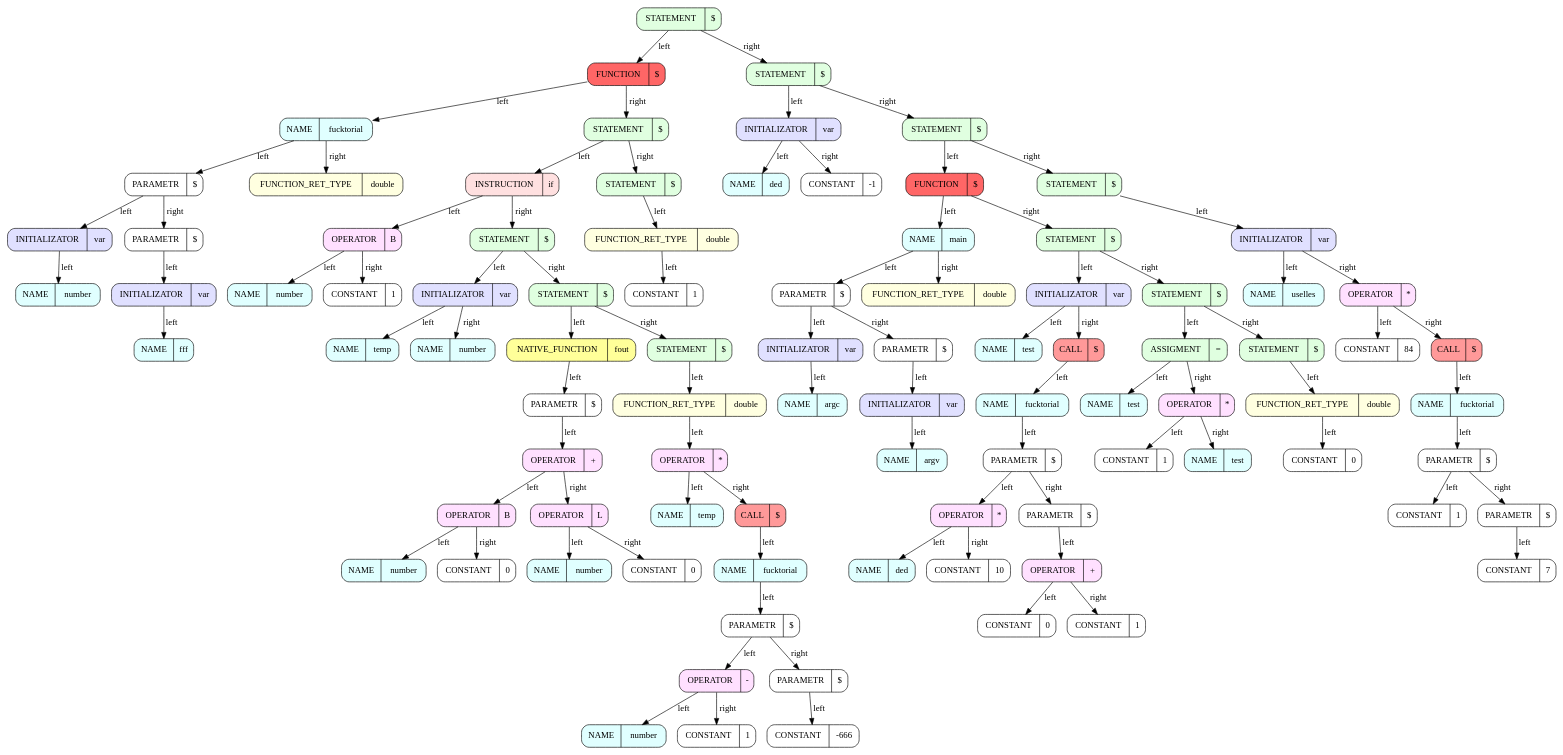
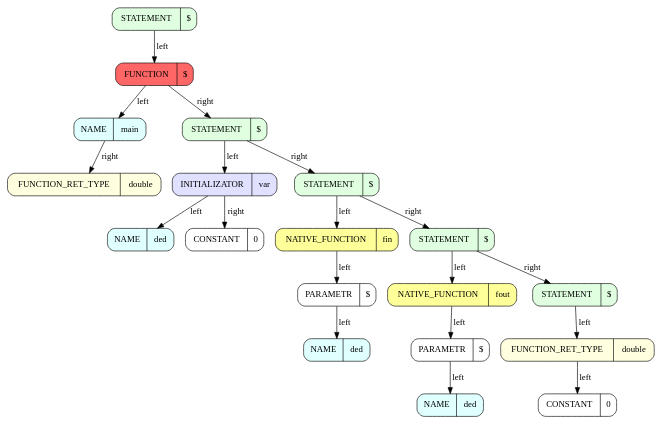
Before and after one commit to ArsenySamoylov/Asm: the diagram in x86BackEnd/BackEnd/graphics/dot/kek_back_End.dot, drawn with Graphviz. The commit also changed 23 other files, not shown here.

```diff
--- a/x86BackEnd/BackEnd/graphics/dot/kek_back_End.dot
+++ b/x86BackEnd/BackEnd/graphics/dot/kek_back_End.dot
@@ -2,187 +2,43 @@
 digraph 
 {
 rankdir = TB # RANKDIR
-		node_0x55bc4a6df320 [style = filled, fillcolor = "#E0FFE0", shape = Mrecord label =  "STATEMENT | {$}"]
-		node_0x55bc4a6df358 [style = filled, fillcolor = "#FF6666", shape = Mrecord label =  "FUNCTION | {$}"]
-		node_0x55bc4a6df390 [style = filled, fillcolor = "#E0FFFF", shape = Mrecord label =  "NAME | {fucktorial}"]
-		node_0x55bc4a6df3c8 [style = filled, fillcolor = "#FFFFFF", shape = Mrecord label =  "PARAMETR | {$}"]
-		node_0x55bc4a6df400 [style = filled, fillcolor = "#E0E0FF", shape = Mrecord label =  "INITIALIZATOR | {var}"]
-		node_0x55bc4a6df438 [style = filled, fillcolor = "#E0FFFF", shape = Mrecord label =  "NAME | {number}"]
-		node_0x55bc4a6df400 -> node_0x55bc4a6df438 [label = "left"]
-		node_0x55bc4a6df3c8 -> node_0x55bc4a6df400 [label = "left"]
-		node_0x55bc4a6df470 [style = filled, fillcolor = "#FFFFFF", shape = Mrecord label =  "PARAMETR | {$}"]
-		node_0x55bc4a6df4a8 [style = filled, fillcolor = "#E0E0FF", shape = Mrecord label =  "INITIALIZATOR | {var}"]
-		node_0x55bc4a6df4e0 [style = filled, fillcolor = "#E0FFFF", shape = Mrecord label =  "NAME | {fff}"]
-		node_0x55bc4a6df4a8 -> node_0x55bc4a6df4e0 [label = "left"]
-		node_0x55bc4a6df470 -> node_0x55bc4a6df4a8 [label = "left"]
-		node_0x55bc4a6df3c8 -> node_0x55bc4a6df470 [label = "right"]
-		node_0x55bc4a6df390 -> node_0x55bc4a6df3c8 [label = "left"]
-		node_0x55bc4a6df518 [style = filled, fillcolor = "#FFFFE0", shape = Mrecord label =  "FUNCTION_RET_TYPE | {double}"]
-		node_0x55bc4a6df390 -> node_0x55bc4a6df518 [label = "right"]
-		node_0x55bc4a6df358 -> node_0x55bc4a6df390 [label = "left"]
-		node_0x55bc4a6df550 [style = filled, fillcolor = "#E0FFE0", shape = Mrecord label =  "STATEMENT | {$}"]
-		node_0x55bc4a6df588 [style = filled, fillcolor = "#FFE0E0", shape = Mrecord label =  "INSTRUCTION | {if}"]
-		node_0x55bc4a6df5c0 [style = filled, fillcolor = "#FFE0FF", shape = Mrecord label =  "OPERATOR | {B}"]
-		node_0x55bc4a6df5f8 [style = filled, fillcolor = "#E0FFFF", shape = Mrecord label =  "NAME | {number}"]
-		node_0x55bc4a6df5c0 -> node_0x55bc4a6df5f8 [label = "left"]
-		node_0x55bc4a6df630 [style = filled, fillcolor = "#FFFFFF", shape = Mrecord label =  "CONSTANT | {1}"]
-		node_0x55bc4a6df5c0 -> node_0x55bc4a6df630 [label = "right"]
-		node_0x55bc4a6df588 -> node_0x55bc4a6df5c0 [label = "left"]
-		node_0x55bc4a6df668 [style = filled, fillcolor = "#E0FFE0", shape = Mrecord label =  "STATEMENT | {$}"]
-		node_0x55bc4a6df6a0 [style = filled, fillcolor = "#E0E0FF", shape = Mrecord label =  "INITIALIZATOR | {var}"]
-		node_0x55bc4a6df6d8 [style = filled, fillcolor = "#E0FFFF", shape = Mrecord label =  "NAME | {temp}"]
-		node_0x55bc4a6df6a0 -> node_0x55bc4a6df6d8 [label = "left"]
-		node_0x55bc4a6df710 [style = filled, fillcolor = "#E0FFFF", shape = Mrecord label =  "NAME | {number}"]
-		node_0x55bc4a6df6a0 -> node_0x55bc4a6df710 [label = "right"]
-		node_0x55bc4a6df668 -> node_0x55bc4a6df6a0 [label = "left"]
-		node_0x55bc4a6df748 [style = filled, fillcolor = "#E0FFE0", shape = Mrecord label =  "STATEMENT | {$}"]
-		node_0x55bc4a6df780 [style = filled, fillcolor = "#FFFF99", shape = Mrecord label =  "NATIVE_FUNCTION | {fout}"]
-		node_0x55bc4a6df7b8 [style = filled, fillcolor = "#FFFFFF", shape = Mrecord label =  "PARAMETR | {$}"]
-		node_0x55bc4a6df7f0 [style = filled, fillcolor = "#FFE0FF", shape = Mrecord label =  "OPERATOR | {+}"]
-		node_0x55bc4a6df828 [style = filled, fillcolor = "#FFE0FF", shape = Mrecord label =  "OPERATOR | {B}"]
-		node_0x55bc4a6df860 [style = filled, fillcolor = "#E0FFFF", shape = Mrecord label =  "NAME | {number}"]
-		node_0x55bc4a6df828 -> node_0x55bc4a6df860 [label = "left"]
-		node_0x55bc4a6df898 [style = filled, fillcolor = "#FFFFFF", shape = Mrecord label =  "CONSTANT | {0}"]
-		node_0x55bc4a6df828 -> node_0x55bc4a6df898 [label = "right"]
-		node_0x55bc4a6df7f0 -> node_0x55bc4a6df828 [label = "left"]
-		node_0x55bc4a6df8d0 [style = filled, fillcolor = "#FFE0FF", shape = Mrecord label =  "OPERATOR | {L}"]
-		node_0x55bc4a6df908 [style = filled, fillcolor = "#E0FFFF", shape = Mrecord label =  "NAME | {number}"]
-		node_0x55bc4a6df8d0 -> node_0x55bc4a6df908 [label = "left"]
-		node_0x55bc4a6df940 [style = filled, fillcolor = "#FFFFFF", shape = Mrecord label =  "CONSTANT | {0}"]
-		node_0x55bc4a6df8d0 -> node_0x55bc4a6df940 [label = "right"]
-		node_0x55bc4a6df7f0 -> node_0x55bc4a6df8d0 [label = "right"]
-		node_0x55bc4a6df7b8 -> node_0x55bc4a6df7f0 [label = "left"]
-		node_0x55bc4a6df780 -> node_0x55bc4a6df7b8 [label = "left"]
-		node_0x55bc4a6df748 -> node_0x55bc4a6df780 [label = "left"]
-		node_0x55bc4a6df978 [style = filled, fillcolor = "#E0FFE0", shape = Mrecord label =  "STATEMENT | {$}"]
-		node_0x55bc4a6df9b0 [style = filled, fillcolor = "#FFFFE0", shape = Mrecord label =  "FUNCTION_RET_TYPE | {double}"]
-		node_0x55bc4a6df9e8 [style = filled, fillcolor = "#FFE0FF", shape = Mrecord label =  "OPERATOR | {*}"]
-		node_0x55bc4a6dfa20 [style = filled, fillcolor = "#E0FFFF", shape = Mrecord label =  "NAME | {temp}"]
-		node_0x55bc4a6df9e8 -> node_0x55bc4a6dfa20 [label = "left"]
-		node_0x55bc4a6dfa58 [style = filled, fillcolor = "#FF9999", shape = Mrecord label =  "CALL | {$}"]
-		node_0x55bc4a6dfa90 [style = filled, fillcolor = "#E0FFFF", shape = Mrecord label =  "NAME | {fucktorial}"]
-		node_0x55bc4a6dfac8 [style = filled, fillcolor = "#FFFFFF", shape = Mrecord label =  "PARAMETR | {$}"]
-		node_0x55bc4a6dfb00 [style = filled, fillcolor = "#FFE0FF", shape = Mrecord label =  "OPERATOR | {-}"]
-		node_0x55bc4a6dfb38 [style = filled, fillcolor = "#E0FFFF", shape = Mrecord label =  "NAME | {number}"]
-		node_0x55bc4a6dfb00 -> node_0x55bc4a6dfb38 [label = "left"]
-		node_0x55bc4a6dfb70 [style = filled, fillcolor = "#FFFFFF", shape = Mrecord label =  "CONSTANT | {1}"]
-		node_0x55bc4a6dfb00 -> node_0x55bc4a6dfb70 [label = "right"]
-		node_0x55bc4a6dfac8 -> node_0x55bc4a6dfb00 [label = "left"]
-		node_0x55bc4a6dfba8 [style = filled, fillcolor = "#FFFFFF", shape = Mrecord label =  "PARAMETR | {$}"]
-		node_0x55bc4a6dfbe0 [style = filled, fillcolor = "#FFFFFF", shape = Mrecord label =  "CONSTANT | {-666}"]
-		node_0x55bc4a6dfba8 -> node_0x55bc4a6dfbe0 [label = "left"]
-		node_0x55bc4a6dfac8 -> node_0x55bc4a6dfba8 [label = "right"]
-		node_0x55bc4a6dfa90 -> node_0x55bc4a6dfac8 [label = "left"]
-		node_0x55bc4a6dfa58 -> node_0x55bc4a6dfa90 [label = "left"]
-		node_0x55bc4a6df9e8 -> node_0x55bc4a6dfa58 [label = "right"]
-		node_0x55bc4a6df9b0 -> node_0x55bc4a6df9e8 [label = "left"]
-		node_0x55bc4a6df978 -> node_0x55bc4a6df9b0 [label = "left"]
-		node_0x55bc4a6df748 -> node_0x55bc4a6df978 [label = "right"]
-		node_0x55bc4a6df668 -> node_0x55bc4a6df748 [label = "right"]
-		node_0x55bc4a6df588 -> node_0x55bc4a6df668 [label = "right"]
-		node_0x55bc4a6df550 -> node_0x55bc4a6df588 [label = "left"]
-		node_0x55bc4a6dfc18 [style = filled, fillcolor = "#E0FFE0", shape = Mrecord label =  "STATEMENT | {$}"]
-		node_0x55bc4a6dfc50 [style = filled, fillcolor = "#FFFFE0", shape = Mrecord label =  "FUNCTION_RET_TYPE | {double}"]
-		node_0x55bc4a6dfc88 [style = filled, fillcolor = "#FFFFFF", shape = Mrecord label =  "CONSTANT | {1}"]
-		node_0x55bc4a6dfc50 -> node_0x55bc4a6dfc88 [label = "left"]
-		node_0x55bc4a6dfc18 -> node_0x55bc4a6dfc50 [label = "left"]
-		node_0x55bc4a6df550 -> node_0x55bc4a6dfc18 [label = "right"]
-		node_0x55bc4a6df358 -> node_0x55bc4a6df550 [label = "right"]
-		node_0x55bc4a6df320 -> node_0x55bc4a6df358 [label = "left"]
-		node_0x55bc4a6dfcc0 [style = filled, fillcolor = "#E0FFE0", shape = Mrecord label =  "STATEMENT | {$}"]
-		node_0x55bc4a6dfcf8 [style = filled, fillcolor = "#E0E0FF", shape = Mrecord label =  "INITIALIZATOR | {var}"]
-		node_0x55bc4a6dfd30 [style = filled, fillcolor = "#E0FFFF", shape = Mrecord label =  "NAME | {ded}"]
-		node_0x55bc4a6dfcf8 -> node_0x55bc4a6dfd30 [label = "left"]
-		node_0x55bc4a6dfd68 [style = filled, fillcolor = "#FFFFFF", shape = Mrecord label =  "CONSTANT | {-1}"]
-		node_0x55bc4a6dfcf8 -> node_0x55bc4a6dfd68 [label = "right"]
-		node_0x55bc4a6dfcc0 -> node_0x55bc4a6dfcf8 [label = "left"]
-		node_0x55bc4a6dfda0 [style = filled, fillcolor = "#E0FFE0", shape = Mrecord label =  "STATEMENT | {$}"]
-		node_0x55bc4a6dfdd8 [style = filled, fillcolor = "#FF6666", shape = Mrecord label =  "FUNCTION | {$}"]
-		node_0x55bc4a6dfe10 [style = filled, fillcolor = "#E0FFFF", shape = Mrecord label =  "NAME | {main}"]
-		node_0x55bc4a6dfe48 [style = filled, fillcolor = "#FFFFFF", shape = Mrecord label =  "PARAMETR | {$}"]
-		node_0x55bc4a6dfe80 [style = filled, fillcolor = "#E0E0FF", shape = Mrecord label =  "INITIALIZATOR | {var}"]
-		node_0x55bc4a6dfeb8 [style = filled, fillcolor = "#E0FFFF", shape = Mrecord label =  "NAME | {argc}"]
-		node_0x55bc4a6dfe80 -> node_0x55bc4a6dfeb8 [label = "left"]
-		node_0x55bc4a6dfe48 -> node_0x55bc4a6dfe80 [label = "left"]
-		node_0x55bc4a6dfef0 [style = filled, fillcolor = "#FFFFFF", shape = Mrecord label =  "PARAMETR | {$}"]
-		node_0x55bc4a6dff28 [style = filled, fillcolor = "#E0E0FF", shape = Mrecord label =  "INITIALIZATOR | {var}"]
-		node_0x55bc4a6dff60 [style = filled, fillcolor = "#E0FFFF", shape = Mrecord label =  "NAME | {argv}"]
-		node_0x55bc4a6dff28 -> node_0x55bc4a6dff60 [label = "left"]
-		node_0x55bc4a6dfef0 -> node_0x55bc4a6dff28 [label = "left"]
-		node_0x55bc4a6dfe48 -> node_0x55bc4a6dfef0 [label = "right"]
-		node_0x55bc4a6dfe10 -> node_0x55bc4a6dfe48 [label = "left"]
-		node_0x55bc4a6dff98 [style = filled, fillcolor = "#FFFFE0", shape = Mrecord label =  "FUNCTION_RET_TYPE | {double}"]
-		node_0x55bc4a6dfe10 -> node_0x55bc4a6dff98 [label = "right"]
-		node_0x55bc4a6dfdd8 -> node_0x55bc4a6dfe10 [label = "left"]
-		node_0x55bc4a6dffd0 [style = filled, fillcolor = "#E0FFE0", shape = Mrecord label =  "STATEMENT | {$}"]
-		node_0x55bc4a6e0008 [style = filled, fillcolor = "#E0E0FF", shape = Mrecord label =  "INITIALIZATOR | {var}"]
-		node_0x55bc4a6e0040 [style = filled, fillcolor = "#E0FFFF", shape = Mrecord label =  "NAME | {test}"]
-		node_0x55bc4a6e0008 -> node_0x55bc4a6e0040 [label = "left"]
-		node_0x55bc4a6e0078 [style = filled, fillcolor = "#FF9999", shape = Mrecord label =  "CALL | {$}"]
-		node_0x55bc4a6e00b0 [style = filled, fillcolor = "#E0FFFF", shape = Mrecord label =  "NAME | {fucktorial}"]
-		node_0x55bc4a6e00e8 [style = filled, fillcolor = "#FFFFFF", shape = Mrecord label =  "PARAMETR | {$}"]
-		node_0x55bc4a6e0120 [style = filled, fillcolor = "#FFE0FF", shape = Mrecord label =  "OPERATOR | {*}"]
-		node_0x55bc4a6e0158 [style = filled, fillcolor = "#E0FFFF", shape = Mrecord label =  "NAME | {ded}"]
-		node_0x55bc4a6e0120 -> node_0x55bc4a6e0158 [label = "left"]
-		node_0x55bc4a6e0190 [style = filled, fillcolor = "#FFFFFF", shape = Mrecord label =  "CONSTANT | {10}"]
-		node_0x55bc4a6e0120 -> node_0x55bc4a6e0190 [label = "right"]
-		node_0x55bc4a6e00e8 -> node_0x55bc4a6e0120 [label = "left"]
-		node_0x55bc4a6e01c8 [style = filled, fillcolor = "#FFFFFF", shape = Mrecord label =  "PARAMETR | {$}"]
-		node_0x55bc4a6e0200 [style = filled, fillcolor = "#FFE0FF", shape = Mrecord label =  "OPERATOR | {+}"]
-		node_0x55bc4a6e0238 [style = filled, fillcolor = "#FFFFFF", shape = Mrecord label =  "CONSTANT | {0}"]
-		node_0x55bc4a6e0200 -> node_0x55bc4a6e0238 [label = "left"]
-		node_0x55bc4a6e0270 [style = filled, fillcolor = "#FFFFFF", shape = Mrecord label =  "CONSTANT | {1}"]
-		node_0x55bc4a6e0200 -> node_0x55bc4a6e0270 [label = "right"]
-		node_0x55bc4a6e01c8 -> node_0x55bc4a6e0200 [label = "left"]
-		node_0x55bc4a6e00e8 -> node_0x55bc4a6e01c8 [label = "right"]
-		node_0x55bc4a6e00b0 -> node_0x55bc4a6e00e8 [label = "left"]
-		node_0x55bc4a6e0078 -> node_0x55bc4a6e00b0 [label = "left"]
-		node_0x55bc4a6e0008 -> node_0x55bc4a6e0078 [label = "right"]
-		node_0x55bc4a6dffd0 -> node_0x55bc4a6e0008 [label = "left"]
-		node_0x55bc4a6e02a8 [style = filled, fillcolor = "#E0FFE0", shape = Mrecord label =  "STATEMENT | {$}"]
-		node_0x55bc4a6e02e0 [style = filled, fillcolor = "#E0FFE0", shape = Mrecord label =  "ASSIGMENT | {=}"]
-		node_0x55bc4a6e0318 [style = filled, fillcolor = "#E0FFFF", shape = Mrecord label =  "NAME | {test}"]
-		node_0x55bc4a6e02e0 -> node_0x55bc4a6e0318 [label = "left"]
-		node_0x55bc4a6e0350 [style = filled, fillcolor = "#FFE0FF", shape = Mrecord label =  "OPERATOR | {*}"]
-		node_0x55bc4a6e0388 [style = filled, fillcolor = "#FFFFFF", shape = Mrecord label =  "CONSTANT | {1}"]
-		node_0x55bc4a6e0350 -> node_0x55bc4a6e0388 [label = "left"]
-		node_0x55bc4a6e03c0 [style = filled, fillcolor = "#E0FFFF", shape = Mrecord label =  "NAME | {test}"]
-		node_0x55bc4a6e0350 -> node_0x55bc4a6e03c0 [label = "right"]
-		node_0x55bc4a6e02e0 -> node_0x55bc4a6e0350 [label = "right"]
-		node_0x55bc4a6e02a8 -> node_0x55bc4a6e02e0 [label = "left"]
-		node_0x55bc4a6e03f8 [style = filled, fillcolor = "#E0FFE0", shape = Mrecord label =  "STATEMENT | {$}"]
-		node_0x55bc4a6e0430 [style = filled, fillcolor = "#FFFFE0", shape = Mrecord label =  "FUNCTION_RET_TYPE | {double}"]
-		node_0x55bc4a6e0468 [style = filled, fillcolor = "#FFFFFF", shape = Mrecord label =  "CONSTANT | {0}"]
-		node_0x55bc4a6e0430 -> node_0x55bc4a6e0468 [label = "left"]
-		node_0x55bc4a6e03f8 -> node_0x55bc4a6e0430 [label = "left"]
-		node_0x55bc4a6e02a8 -> node_0x55bc4a6e03f8 [label = "right"]
-		node_0x55bc4a6dffd0 -> node_0x55bc4a6e02a8 [label = "right"]
-		node_0x55bc4a6dfdd8 -> node_0x55bc4a6dffd0 [label = "right"]
-		node_0x55bc4a6dfda0 -> node_0x55bc4a6dfdd8 [label = "left"]
-		node_0x55bc4a6e04a0 [style = filled, fillcolor = "#E0FFE0", shape = Mrecord label =  "STATEMENT | {$}"]
-		node_0x55bc4a6e04d8 [style = filled, fillcolor = "#E0E0FF", shape = Mrecord label =  "INITIALIZATOR | {var}"]
-		node_0x55bc4a6e0510 [style = filled, fillcolor = "#E0FFFF", shape = Mrecord label =  "NAME | {uselles}"]
-		node_0x55bc4a6e04d8 -> node_0x55bc4a6e0510 [label = "left"]
-		node_0x55bc4a6e0548 [style = filled, fillcolor = "#FFE0FF", shape = Mrecord label =  "OPERATOR | {*}"]
-		node_0x55bc4a6e0580 [style = filled, fillcolor = "#FFFFFF", shape = Mrecord label =  "CONSTANT | {84}"]
-		node_0x55bc4a6e0548 -> node_0x55bc4a6e0580 [label = "left"]
-		node_0x55bc4a6e05b8 [style = filled, fillcolor = "#FF9999", shape = Mrecord label =  "CALL | {$}"]
-		node_0x55bc4a6e05f0 [style = filled, fillcolor = "#E0FFFF", shape = Mrecord label =  "NAME | {fucktorial}"]
-		node_0x55bc4a6e0628 [style = filled, fillcolor = "#FFFFFF", shape = Mrecord label =  "PARAMETR | {$}"]
-		node_0x55bc4a6e0660 [style = filled, fillcolor = "#FFFFFF", shape = Mrecord label =  "CONSTANT | {1}"]
-		node_0x55bc4a6e0628 -> node_0x55bc4a6e0660 [label = "left"]
-		node_0x55bc4a6e0698 [style = filled, fillcolor = "#FFFFFF", shape = Mrecord label =  "PARAMETR | {$}"]
-		node_0x55bc4a6e06d0 [style = filled, fillcolor = "#FFFFFF", shape = Mrecord label =  "CONSTANT | {7}"]
-		node_0x55bc4a6e0698 -> node_0x55bc4a6e06d0 [label = "left"]
-		node_0x55bc4a6e0628 -> node_0x55bc4a6e0698 [label = "right"]
-		node_0x55bc4a6e05f0 -> node_0x55bc4a6e0628 [label = "left"]
-		node_0x55bc4a6e05b8 -> node_0x55bc4a6e05f0 [label = "left"]
-		node_0x55bc4a6e0548 -> node_0x55bc4a6e05b8 [label = "right"]
-		node_0x55bc4a6e04d8 -> node_0x55bc4a6e0548 [label = "right"]
-		node_0x55bc4a6e04a0 -> node_0x55bc4a6e04d8 [label = "left"]
-		node_0x55bc4a6dfda0 -> node_0x55bc4a6e04a0 [label = "right"]
-		node_0x55bc4a6dfcc0 -> node_0x55bc4a6dfda0 [label = "right"]
-		node_0x55bc4a6df320 -> node_0x55bc4a6dfcc0 [label = "right"]
+		node_0x556dad299260 [style = filled, fillcolor = "#E0FFE0", shape = Mrecord label =  "STATEMENT | {$}"]
+		node_0x556dad299298 [style = filled, fillcolor = "#FF6666", shape = Mrecord label =  "FUNCTION | {$}"]
+		node_0x556dad2992d0 [style = filled, fillcolor = "#E0FFFF", shape = Mrecord label =  "NAME | {main}"]
+		node_0x556dad299308 [style = filled, fillcolor = "#FFFFE0", shape = Mrecord label =  "FUNCTION_RET_TYPE | {double}"]
+		node_0x556dad2992d0 -> node_0x556dad299308 [label = "right"]
+		node_0x556dad299298 -> node_0x556dad2992d0 [label = "left"]
+		node_0x556dad299340 [style = filled, fillcolor = "#E0FFE0", shape = Mrecord label =  "STATEMENT | {$}"]
+		node_0x556dad299378 [style = filled, fillcolor = "#E0E0FF", shape = Mrecord label =  "INITIALIZATOR | {var}"]
+		node_0x556dad2993b0 [style = filled, fillcolor = "#E0FFFF", shape = Mrecord label =  "NAME | {ded}"]
+		node_0x556dad299378 -> node_0x556dad2993b0 [label = "left"]
+		node_0x556dad2993e8 [style = filled, fillcolor = "#FFFFFF", shape = Mrecord label =  "CONSTANT | {0}"]
+		node_0x556dad299378 -> node_0x556dad2993e8 [label = "right"]
+		node_0x556dad299340 -> node_0x556dad299378 [label = "left"]
+		node_0x556dad299420 [style = filled, fillcolor = "#E0FFE0", shape = Mrecord label =  "STATEMENT | {$}"]
+		node_0x556dad299458 [style = filled, fillcolor = "#FFFF99", shape = Mrecord label =  "NATIVE_FUNCTION | {fin}"]
+		node_0x556dad299490 [style = filled, fillcolor = "#FFFFFF", shape = Mrecord label =  "PARAMETR | {$}"]
+		node_0x556dad2994c8 [style = filled, fillcolor = "#E0FFFF", shape = Mrecord label =  "NAME | {ded}"]
+		node_0x556dad299490 -> node_0x556dad2994c8 [label = "left"]
+		node_0x556dad299458 -> node_0x556dad299490 [label = "left"]
+		node_0x556dad299420 -> node_0x556dad299458 [label = "left"]
+		node_0x556dad299500 [style = filled, fillcolor = "#E0FFE0", shape = Mrecord label =  "STATEMENT | {$}"]
+		node_0x556dad299538 [style = filled, fillcolor = "#FFFF99", shape = Mrecord label =  "NATIVE_FUNCTION | {fout}"]
+		node_0x556dad299570 [style = filled, fillcolor = "#FFFFFF", shape = Mrecord label =  "PARAMETR | {$}"]
+		node_0x556dad2995a8 [style = filled, fillcolor = "#E0FFFF", shape = Mrecord label =  "NAME | {ded}"]
+		node_0x556dad299570 -> node_0x556dad2995a8 [label = "left"]
+		node_0x556dad299538 -> node_0x556dad299570 [label = "left"]
+		node_0x556dad299500 -> node_0x556dad299538 [label = "left"]
+		node_0x556dad2995e0 [style = filled, fillcolor = "#E0FFE0", shape = Mrecord label =  "STATEMENT | {$}"]
+		node_0x556dad299618 [style = filled, fillcolor = "#FFFFE0", shape = Mrecord label =  "FUNCTION_RET_TYPE | {double}"]
+		node_0x556dad299650 [style = filled, fillcolor = "#FFFFFF", shape = Mrecord label =  "CONSTANT | {0}"]
+		node_0x556dad299618 -> node_0x556dad299650 [label = "left"]
+		node_0x556dad2995e0 -> node_0x556dad299618 [label = "left"]
+		node_0x556dad299500 -> node_0x556dad2995e0 [label = "right"]
+		node_0x556dad299420 -> node_0x556dad299500 [label = "right"]
+		node_0x556dad299340 -> node_0x556dad299420 [label = "right"]
+		node_0x556dad299298 -> node_0x556dad299340 [label = "right"]
+		node_0x556dad299260 -> node_0x556dad299298 [label = "left"]
 ########################################################### SetEndDot
 
 }
```
